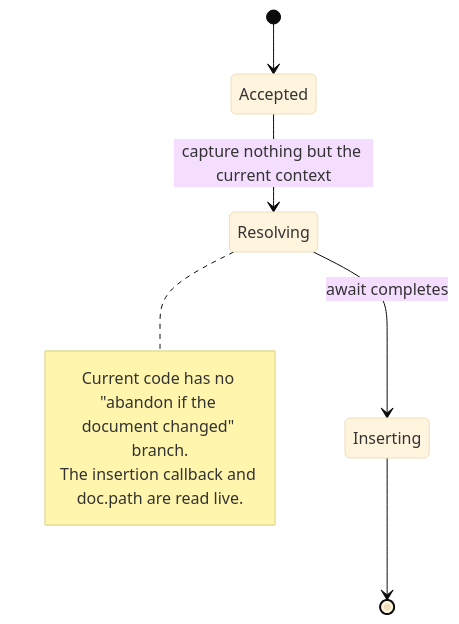
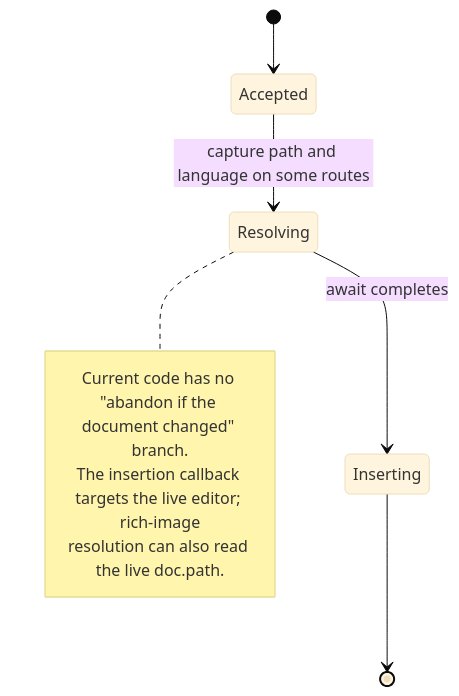
One commit to bgeneto/MDraft changed the second of 8 diagrams in docs/audits/2026-11-08-implicit-state-machine-audit.md. Above: the diagram before and after it, drawn with Mermaid (base theme). The commit also changed other lines of this file and 1 other file, not shown here.

````diff
--- a/docs/audits/2026-11-08-implicit-state-machine-audit.md
+++ b/docs/audits/2026-11-08-implicit-state-machine-audit.md
@@ -212,11 +344,12 @@
 ```mermaid
 stateDiagram-v2
     [*] --> Accepted
-    Accepted --> Resolving: capture nothing but the current context
+    Accepted --> Resolving: capture path and language on some routes
     Resolving --> Inserting: await completes
     Inserting --> [*]
     note right of Resolving
       Current code has no "abandon if the document changed" branch.
-      The insertion callback and doc.path are read live.
+      The insertion callback targets the live editor; rich-image
+      resolution can also read the live doc.path.
     end note
 ```
````
